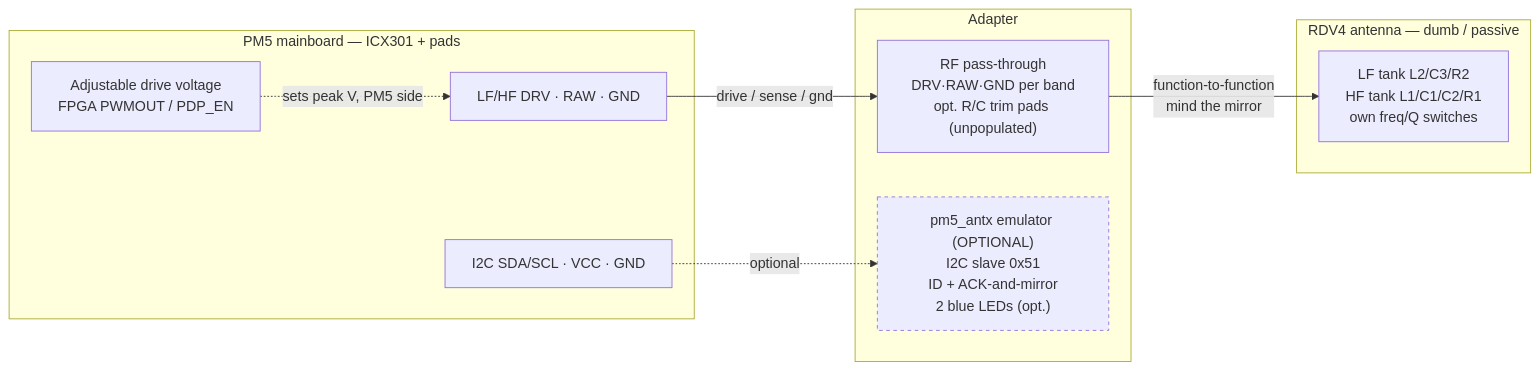
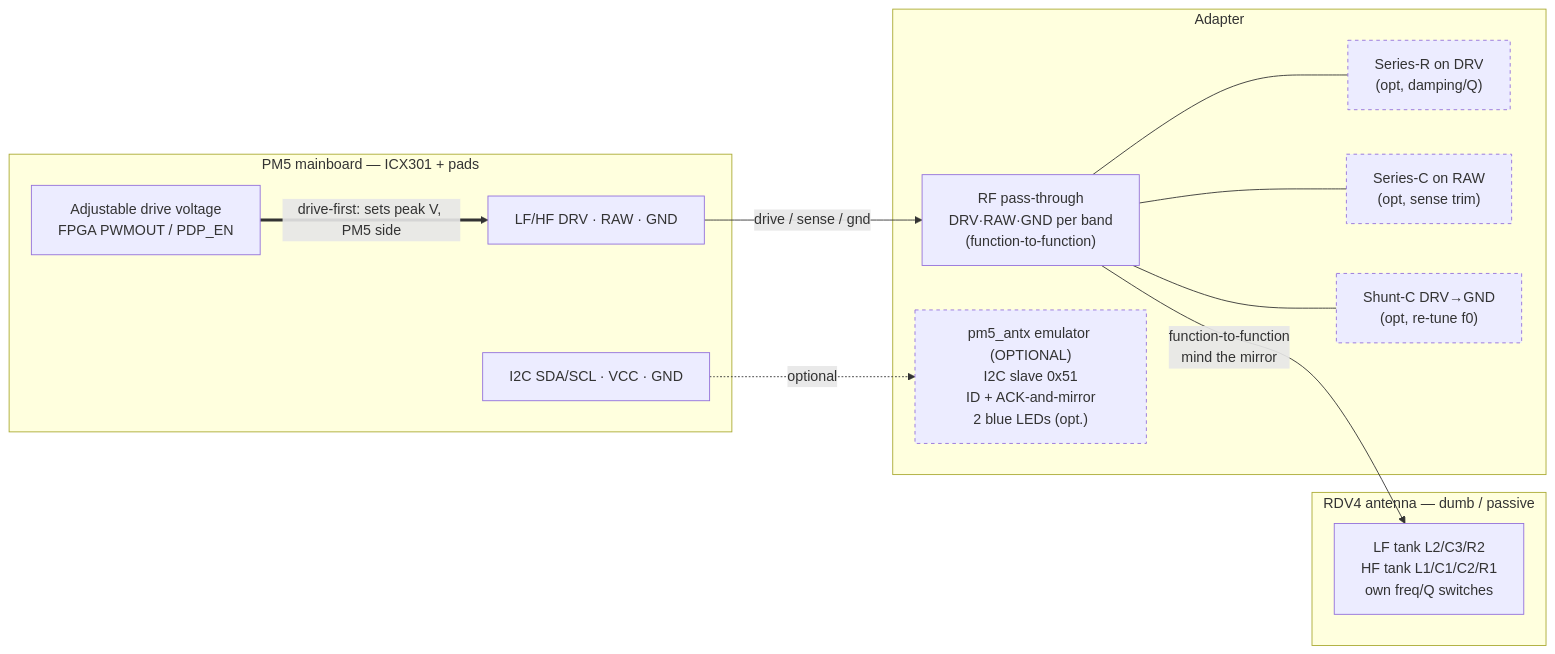
One commit to nemanjan00/pm5-rdv4-antenna-adapter changed the first of 2 diagrams in README.md. Above: the diagram before and after it, drawn with Mermaid. The commit also changed other lines of this file, not shown here.

Commit message:
Show passive footprints explicitly; add drive-first matching rationale

````diff
--- a/README.md
+++ b/README.md
@@ -117,25 +117,31 @@
 ```mermaid
 flowchart LR
     subgraph PM5["PM5 mainboard — ICX301 + pads"]
         RF_OUT["LF/HF DRV · RAW · GND"]
         CTRL_OUT["I2C SDA/SCL · VCC · GND"]
         BOOST["Adjustable drive voltage<br/>FPGA PWMOUT / PDP_EN"]
     end
 
     subgraph ADAPTER["Adapter"]
-        RFPATH["RF pass-through<br/>DRV·RAW·GND per band<br/>opt. R/C trim pads (unpopulated)"]
+        RFPATH["RF pass-through<br/>DRV·RAW·GND per band<br/>(function-to-function)"]
+        RSER["Series-R on DRV<br/>(opt, damping/Q)"]
+        CSER["Series-C on RAW<br/>(opt, sense trim)"]
+        CTRIM["Shunt-C DRV→GND<br/>(opt, re-tune f0)"]
         EMU["pm5_antx emulator (OPTIONAL)<br/>I2C slave 0x51<br/>ID + ACK-and-mirror<br/>2 blue LEDs (opt.)"]
     end
 
     subgraph RDV4["RDV4 antenna — dumb / passive"]
         TANK["LF tank L2/C3/R2<br/>HF tank L1/C1/C2/R1<br/>own freq/Q switches"]
     end
 
     RF_OUT -->|"drive / sense / gnd"| RFPATH
+    RFPATH --- RSER
+    RFPATH --- CSER
+    RFPATH --- CTRIM
     RFPATH -->|"function-to-function<br/>mind the mirror"| TANK
     CTRL_OUT -.->|"optional"| EMU
-    BOOST -.->|"sets peak V, PM5 side"| RF_OUT
+    BOOST ==>|"drive-first: sets peak V, PM5 side"| RF_OUT
 
     classDef opt stroke-dasharray:4 4;
-    class EMU opt;
+    class EMU,RSER,CSER,CTRIM opt;
 ```
````
